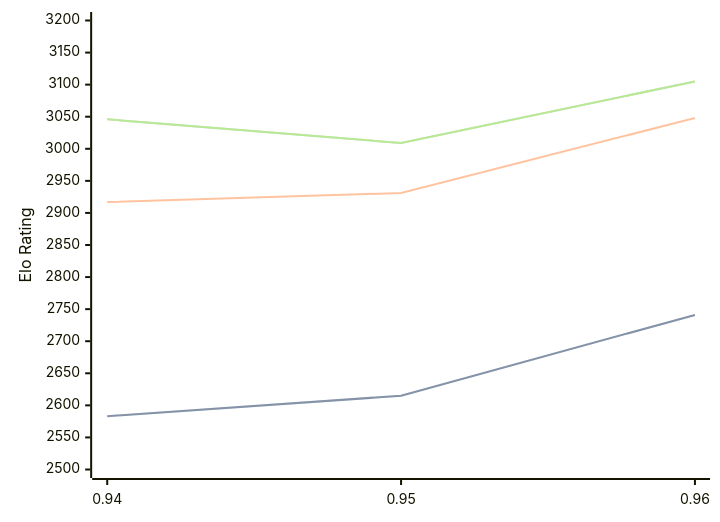
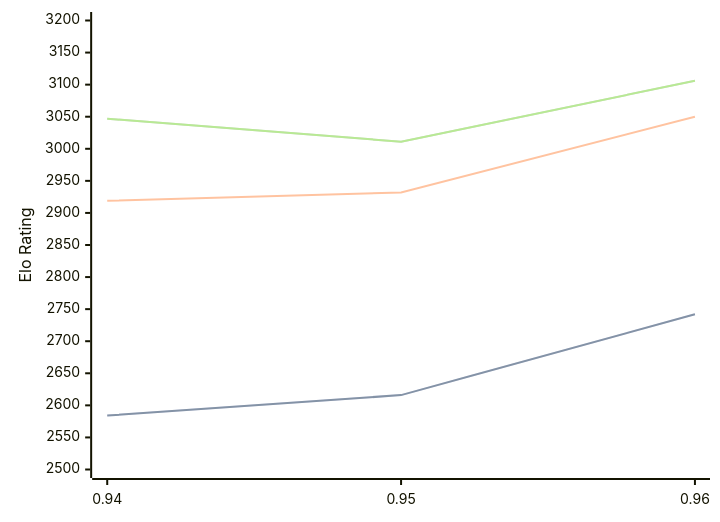
Before and after one commit to computer-chess-index/cci: the diagram in engines/Myrddin.md, drawn with Mermaid. The commit also changed other lines of this file, not shown here.

Commit message:
Update CCI Ratings (ELO VLTC) - 2026-08-15

````diff
--- a/engines/Myrddin.md
+++ b/engines/Myrddin.md
@@ -33,11 +33,11 @@
 ```mermaid
 %%{init: {"theme":"base","themeVariables":{"seriesColors:['#a3a3a3','#222221','#faa371']}}}%%
 xychart-beta
   x-axis ["0.94", "0.95", "0.96"]
   y-axis "Elo Rating" 2500 --> 3200
-  line "STC (8.0+0.08s)" [2583, 2615, 2741]
-  line "STC (8.0+0.08s)" [2583, 2615, 2741]
-  line "LTC (60.0+0.60s)" [2917, 2931, 3048]
-  line "VLTC (2m24s+1.12s)" [3046, 3009, 3105]
-  line "VLTC (2m24s+1.12s)" [3046, 3009, 3105]
+  line "STC (8.0+0.08s)" [2584, 2616, 2742]
+  line "STC (8.0+0.08s)" [2584, 2616, 2742]
+  line "LTC (60.0+0.60s)" [2919, 2932, 3050]
+  line "VLTC (2m24s+1.12s)" [3047, 3011, 3106]
+  line "VLTC (2m24s+1.12s)" [3047, 3011, 3106]
 ```
````
